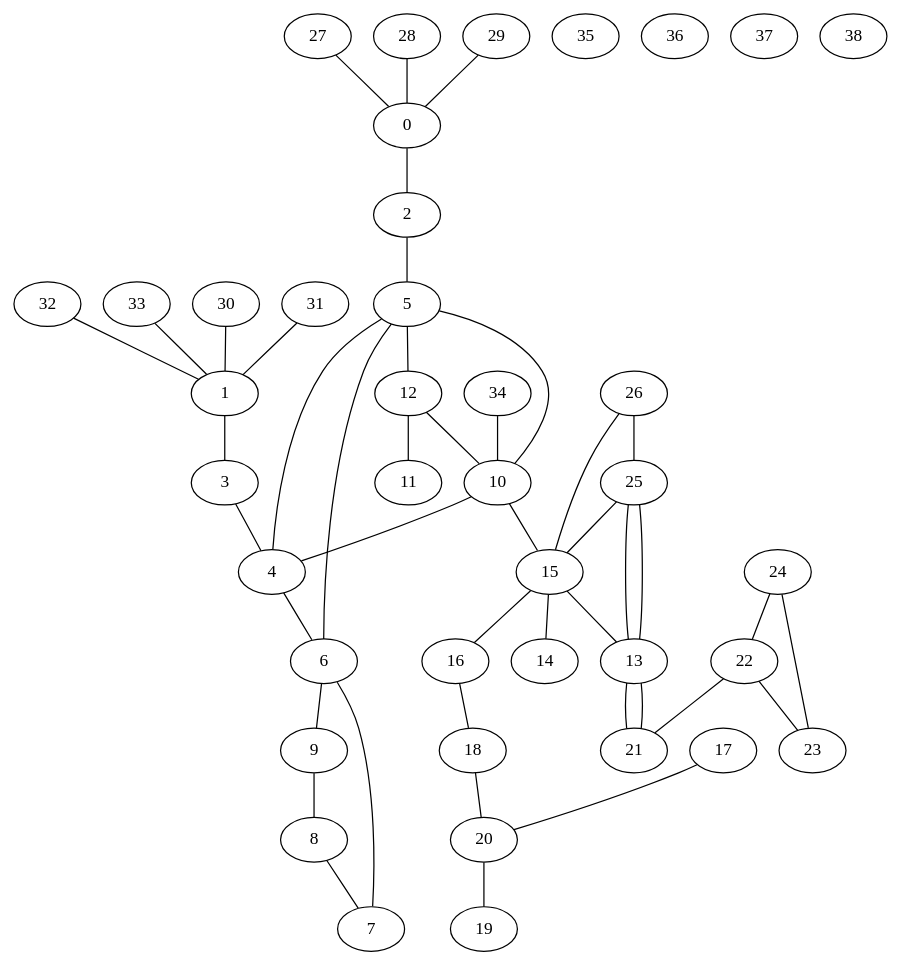
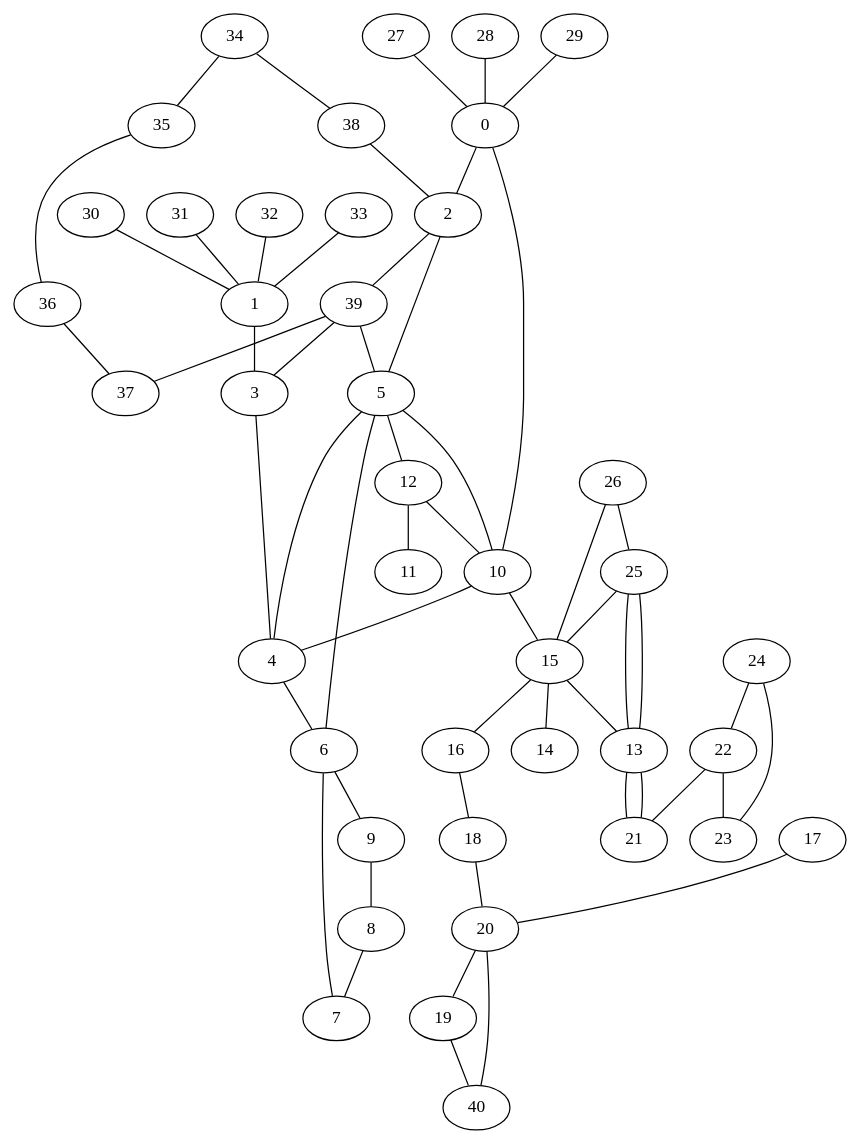
The diagram in test.dot (harrietrc/se306-project1), drawn with Graphviz before and after one commit. The commit also changed 2 other files, not shown here.

```diff
--- a/test.dot
+++ b/test.dot
@@ -1,84 +1,97 @@
 graph G {
 0;
 1;
 2;
 3;
 4;
 5;
 6;
 7;
 8;
 9;
 10;
 11;
 12;
 13;
 14;
 15;
 16;
 17;
 18;
 19;
 20;
 21;
 22;
 23;
 24;
 25;
 26;
 27;
 28;
 29;
 30;
 31;
 32;
 33;
 34;
 35;
 36;
 37;
 38;
+39;
+40;
 0--2 ;
 1--3 ;
 2--5 ;
 3--4 ;
 5--6 ;
 4--6 ;
 6--9 ;
 9--8 ;
 8--7 ;
 7--6 ;
 4--5 ;
 5--12 ;
 12--11 ;
 12--10 ;
 5--10 ;
 10--15 ;
 15--16 ;
 15--14 ;
 15--13 ;
 16--18 ;
 18--20 ;
 17--20 ;
 20--19 ;
 13--21 ;
 22--23 ;
 24--22 ;
 27--0 ;
 28--0 ;
 29--0 ;
 31--1 ;
 32--1 ;
 33--1 ;
 30--1 ;
 22--21 ;
 25--15 ;
 26--15 ;
 24--23 ;
 10--4 ;
 25--13 ;
 25--13 ;
 26--25 ;
 21--13 ;
-34--10 ;
+0--10 ;
+34--35 ;
+35--36 ;
+36--37 ;
+34--38 ;
+38--2 ;
+2--39 ;
+39--3 ;
+39--5 ;
+39--37 ;
+19--40 ;
+40--20 ;
 }
```
